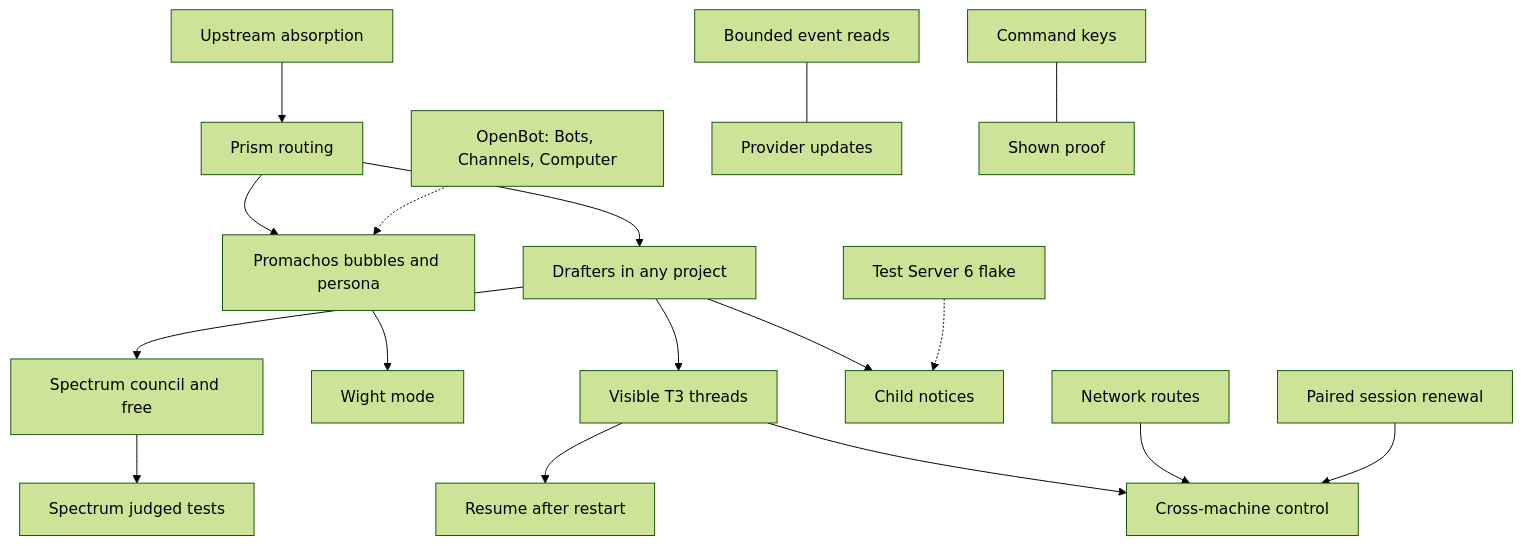
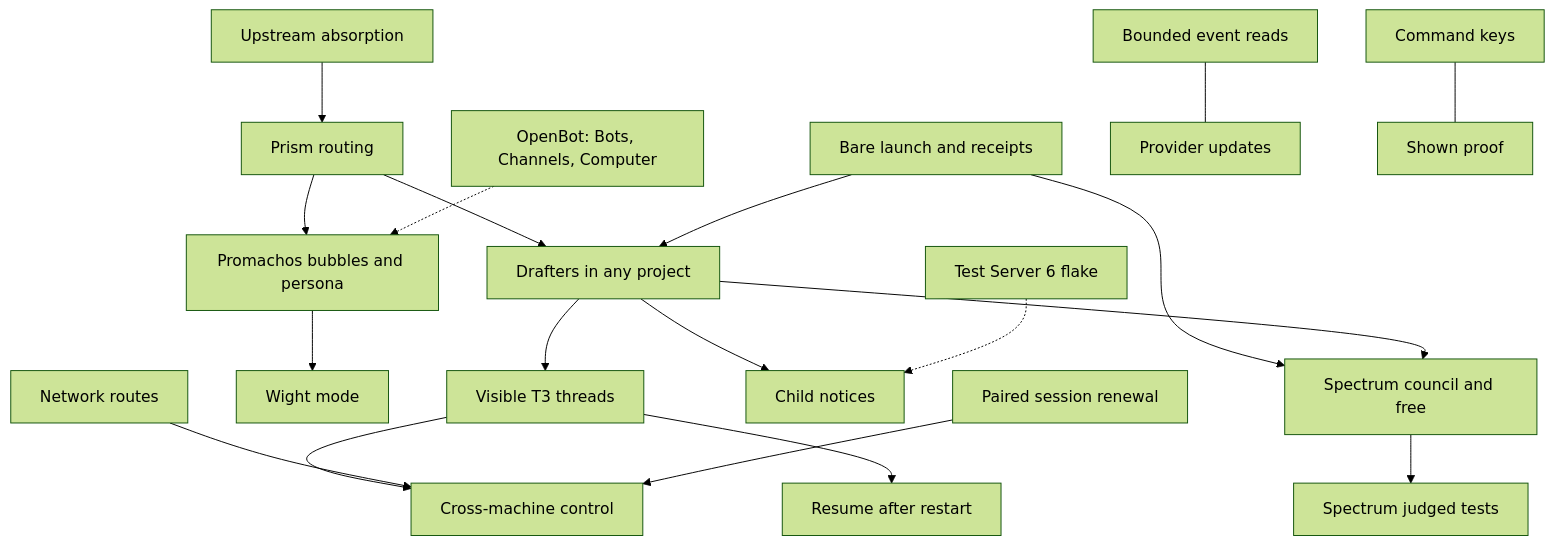
One commit to toolboxmd/chromeria changed the diagram in docs/map.md. Above: the diagram before and after it, drawn with Mermaid (forest theme). The commit also changed 96 other files, not shown here.

Commit message:
wip: preserve bare launch implementation before upstream rebase

````diff
--- a/docs/map.md
+++ b/docs/map.md
@@ -13,54 +13,58 @@
 ```mermaid
 flowchart TD
     PZ["Prism routing"]
     %% PZ: #92
     VT["Visible T3 threads"]
     %% VT: #10
     PM["Promachos bubbles and persona"]
     %% PM: #116
     WG["Wight mode"]
     %% WG: #117
+    BL["Bare launch and receipts"]
+    %% BL: #289
     DR["Drafters in any project"]
     %% DR: #114 PR #126
     SC["Spectrum council and free"]
     %% SC: #118
     JT["Spectrum judged tests"]
     %% JT: #119
     OB["OpenBot: Bots, Channels, Computer"]
     %% OB: context
     UA["Upstream absorption"]
     %% UA: #166 PR #291
     BR["Bounded event reads"]
     %% BR: #256 PR #267
     PU["Provider updates"]
     %% PU: #263 PR #272
     RS["Resume after restart"]
     %% RS: #264 PR #301 PR #291 PR #329
     SN["Child notices"]
     %% SN: #269 PR #279
     CK["Command keys"]
     %% CK: #232 PR #243
     SP["Shown proof"]
     %% SP: #245 PR #313
     TF["Test Server 6 flake"]
     %% TF: #259 PR #278
     XM["Cross-machine control"]
     %% XM: #164 PR #291 PR #290 PR #303 #302 PR #304
     NR["Network routes"]
     %% NR: #292
     PRN["Paired session renewal"]
     %% PRN: #323 PR #334
 
     PZ --> PM --> WG
     PZ --> DR --> VT --> XM
     NR --> XM
     PRN --> XM
+    BL --> DR
+    BL --> SC
     DR --> SC --> JT
     DR --> SN
     VT --> RS
     OB -.-> PM
     UA --> PZ
     CK --- SP
     TF -.-> SN
     BR --- PU
 ```
````
